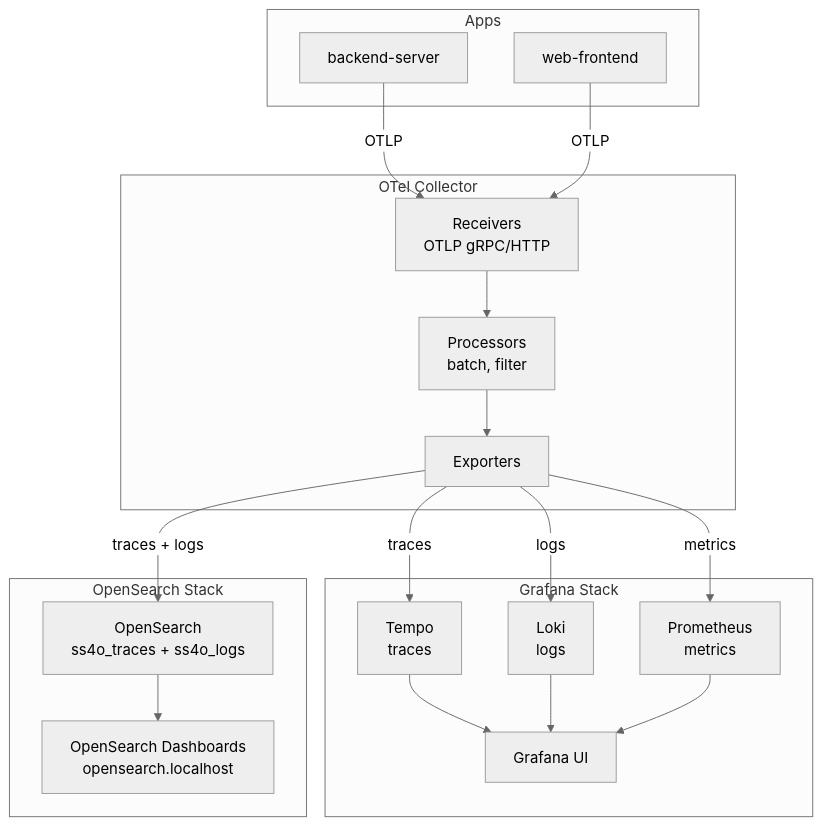
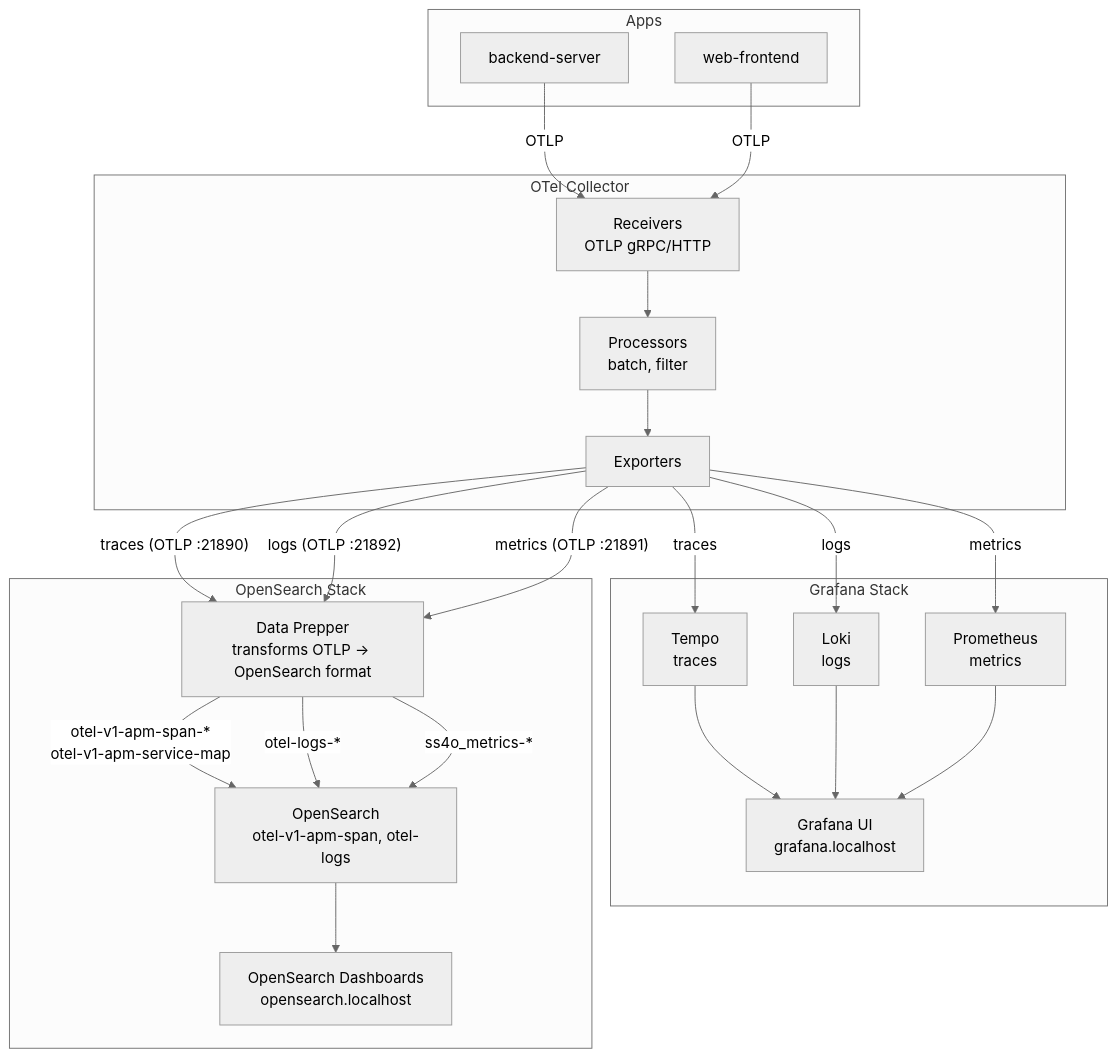
One commit to nyo-infra-study/infrastructure changed the third of 6 diagrams in platform/monitoring/opensearch/OPENSEARCH-GUIDE.md. Above: the diagram before and after it, drawn with Mermaid (neutral theme). The commit also changed other lines of this file and 3 other files, not shown here.

Commit message:
feat: add Data Prepper pipeline, update OTel Collector to route via Data Prepper, update guide

````diff
--- a/platform/monitoring/opensearch/OPENSEARCH-GUIDE.md
+++ b/platform/monitoring/opensearch/OPENSEARCH-GUIDE.md
@@ -35,39 +35,46 @@
 ```mermaid
 graph TD
     subgraph Apps
         BS[backend-server]
         WF[web-frontend]
     end
 
     subgraph OTel[OTel Collector]
         RX[Receivers<br/>OTLP gRPC/HTTP]
         PR[Processors<br/>batch, filter]
         EX[Exporters]
     end
 
     subgraph Grafana Stack
         TEMPO[Tempo<br/>traces]
         LOKI[Loki<br/>logs]
         PROM[Prometheus<br/>metrics]
-        GRAF[Grafana UI]
+        GRAF[Grafana UI<br/>grafana.localhost]
     end
 
     subgraph OpenSearch Stack
-        OS[OpenSearch<br/>ss4o_traces + ss4o_logs]
+        DP[Data Prepper<br/>transforms OTLP → OpenSearch format]
+        OS[OpenSearch<br/>otel-v1-apm-span, otel-logs]
         OSD[OpenSearch Dashboards<br/>opensearch.localhost]
     end
 
     BS -->|OTLP| RX
     WF -->|OTLP| RX
     RX --> PR --> EX
 
     EX -->|traces| TEMPO
     EX -->|logs| LOKI
     EX -->|metrics| PROM
-    EX -->|traces + logs| OS
+    EX -->|"traces (OTLP :21890)"| DP
+    EX -->|"logs (OTLP :21892)"| DP
+    EX -->|"metrics (OTLP :21891)"| DP
+
+    DP -->|"otel-v1-apm-span-*<br/>otel-v1-apm-service-map"| OS
+    DP -->|"otel-logs-*"| OS
+    DP -->|"ss4o_metrics-*"| OS
 
     TEMPO --> GRAF
     LOKI --> GRAF
     PROM --> GRAF
     OS --> OSD
 ```
````
